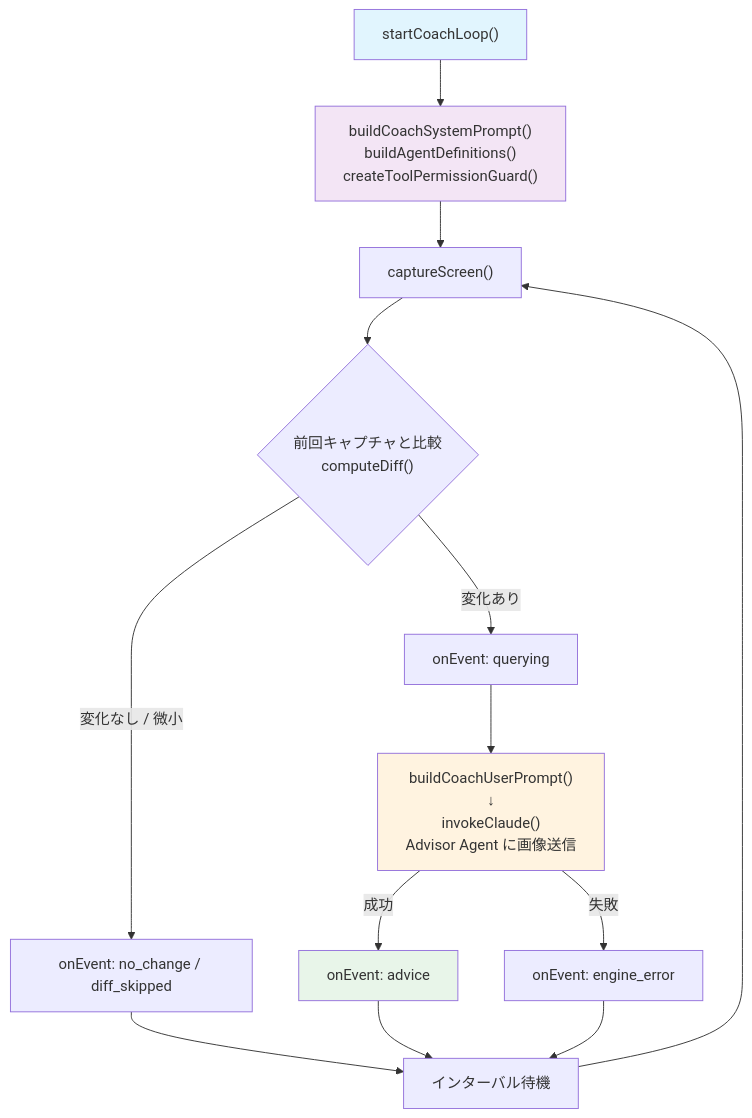
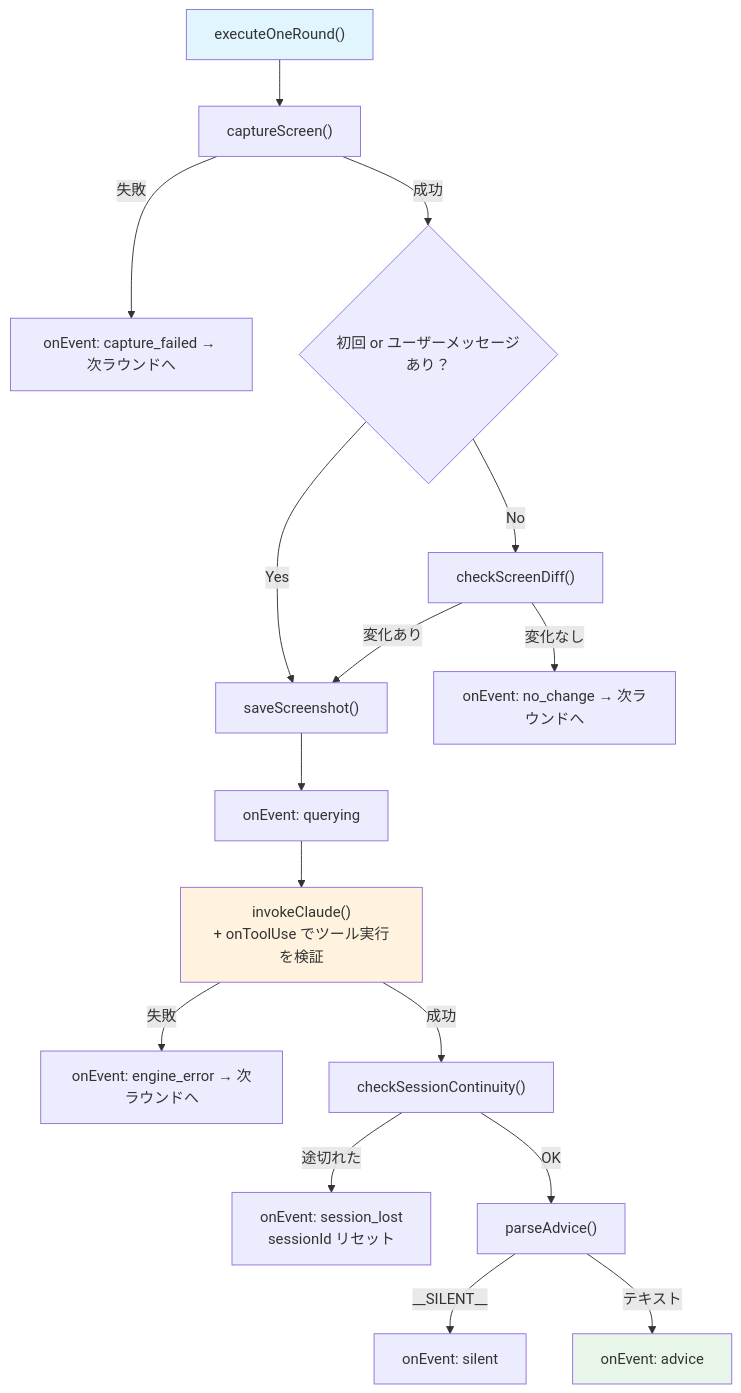
Before and after one commit to yukaorange/dcc_suport: the first of 12 diagrams in packages/core/docs/reading-guide.md, drawn with Mermaid. The commit also changed other lines of this file, not shown here.

````diff
--- a/packages/core/docs/reading-guide.md
+++ b/packages/core/docs/reading-guide.md
@@ -44,20 +74,24 @@
 ```mermaid
 flowchart TD
-    A["startCoachLoop()"] --> P["buildCoachSystemPrompt()\nbuildAgentDefinitions()\ncreateToolPermissionGuard()"]
-    P --> B["captureScreen()"]
-    B --> C{"前回キャプチャと比較\ncomputeDiff()"}
-    C -->|変化なし / 微小| D["onEvent: no_change / diff_skipped"]
-    D --> E["インターバル待機"]
-    E --> B
-    C -->|変化あり| F["onEvent: querying"]
-    F --> G["buildCoachUserPrompt()\n↓\ninvokeClaude()\nAdvisor Agent に画像送信"]
-    G -->|成功| H["onEvent: advice"]
-    H --> E
-    G -->|失敗| K["onEvent: engine_error"]
-    K --> E
+    A["executeOneRound()"] --> B["captureScreen()"]
+    B -->|失敗| C["onEvent: capture_failed → 次ラウンドへ"]
+    B -->|成功| D{"初回 or ユーザーメッセージあり？"}
+
+    D -->|Yes| F["saveScreenshot()"]
+    D -->|No| E["checkScreenDiff()"]
+    E -->|変化なし| G["onEvent: no_change → 次ラウンドへ"]
+    E -->|変化あり| F
+
+    F --> H["onEvent: querying"]
+    H --> I["invokeClaude()\n+ onToolUse でツール実行を検証"]
+    I -->|失敗| J["onEvent: engine_error → 次ラウンドへ"]
+    I -->|成功| K["checkSessionContinuity()"]
+    K -->|途切れた| L["onEvent: session_lost\nsessionId リセット"]
+    K -->|OK| M["parseAdvice()"]
+    M -->|__SILENT__| N["onEvent: silent"]
+    M -->|テキスト| O["onEvent: advice"]
 
     style A fill:#e1f5fe
-    style P fill:#f3e5f5
-    style G fill:#fff3e0
-    style H fill:#e8f5e9
+    style I fill:#fff3e0
+    style O fill:#e8f5e9
 ```
````
